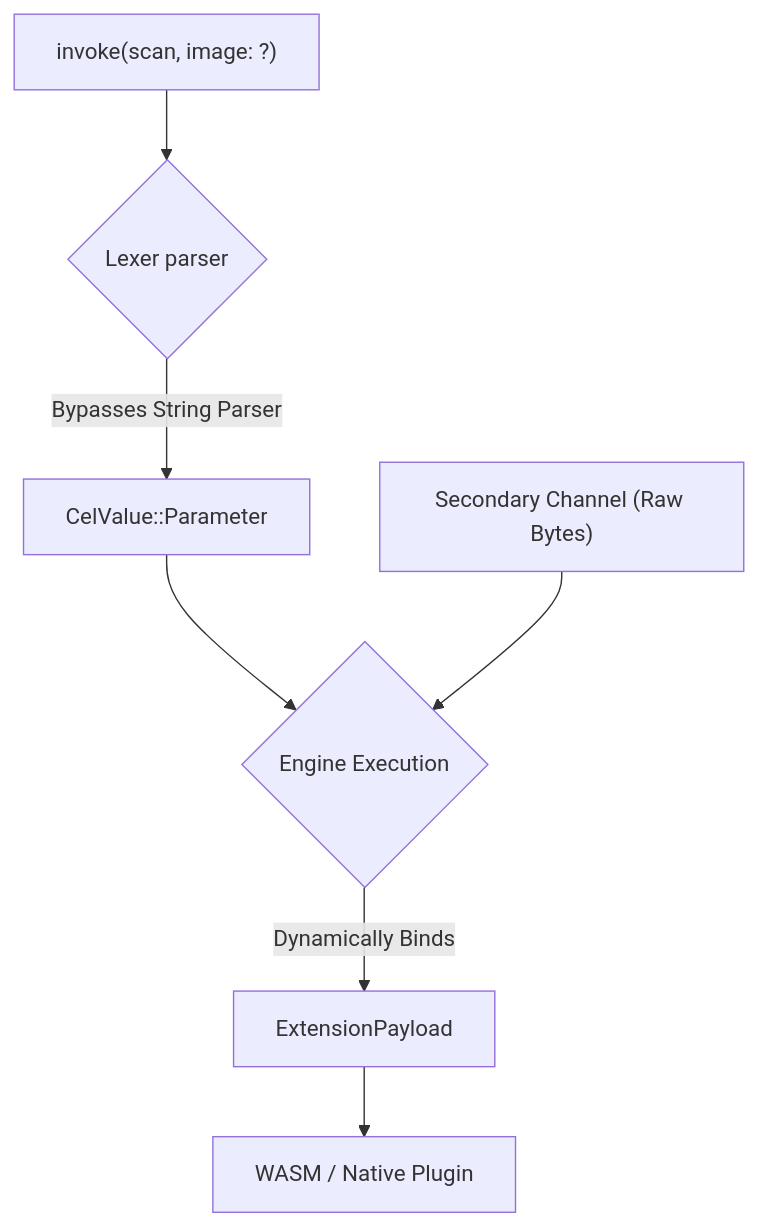
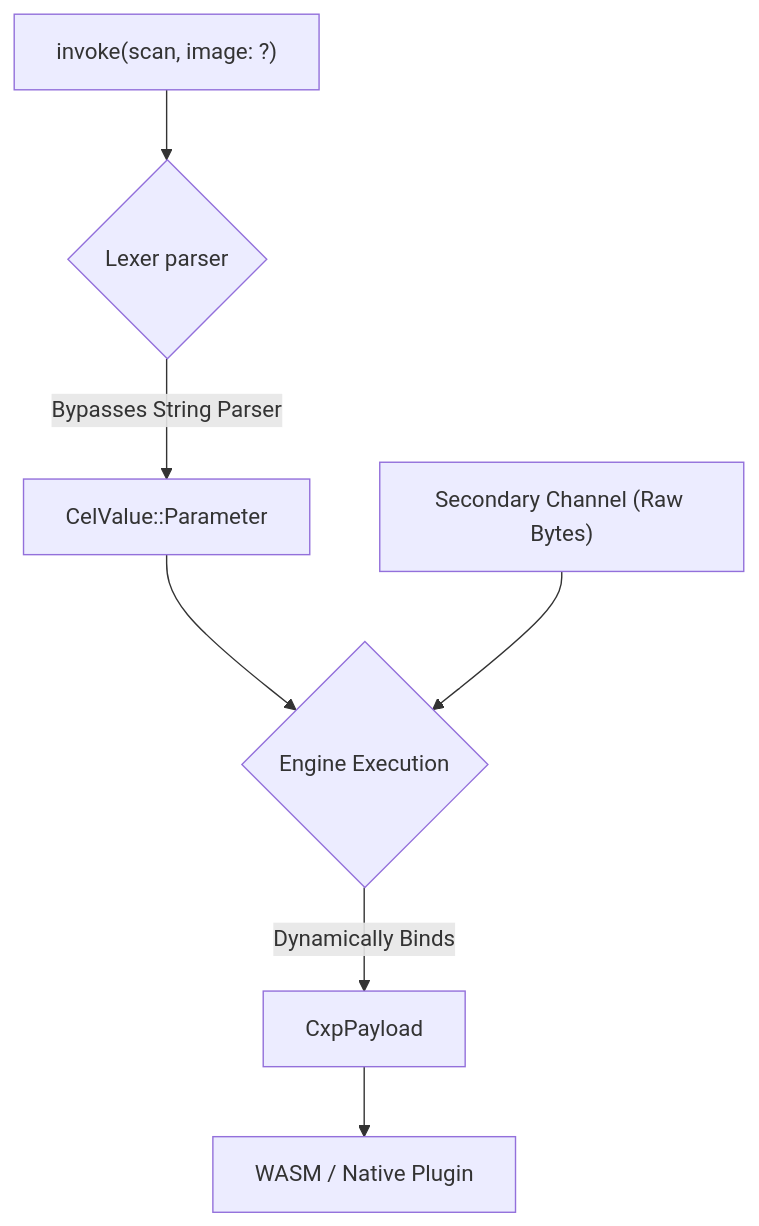
The diagram in docs/cel/tutorials/parameterized_queries.md (ayan-kushwaha/Cluaiz-), drawn with Mermaid before and after one commit. The commit also changed 109 other files, not shown here.

````diff
--- a/docs/cel/tutorials/parameterized_queries.md
+++ b/docs/cel/tutorials/parameterized_queries.md
@@ -27,13 +27,13 @@
 ```mermaid
 flowchart TD
     A["invoke(scan, image: ?)"] --> B{"Lexer parser"}
     
     B -->|Bypasses String Parser| C["CelValue::Parameter"]
     
     C --> D{"Engine Execution"}
     
     E["Secondary Channel (Raw Bytes)"] --> D
     
-    D -->|Dynamically Binds| F["ExtensionPayload"]
+    D -->|Dynamically Binds| F["CxpPayload"]
     F --> G["WASM / Native Plugin"]
 ```
````
